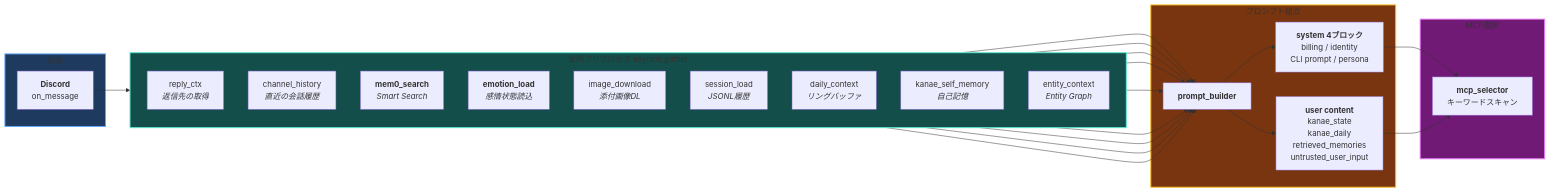
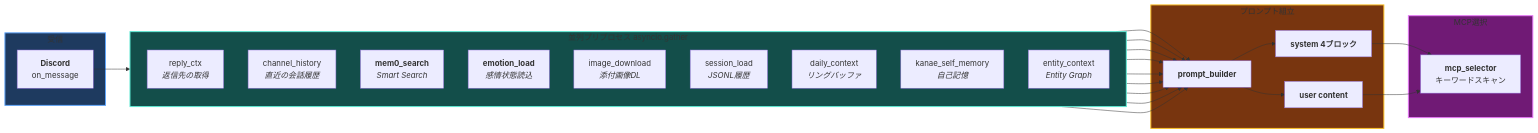
The second of 6 diagrams in content/products/discord-bot.md (haroin57/haroin57.com), drawn with Mermaid before and after one commit. The commit also changed other lines of this file, not shown here.

First line of the commit message:
fix: Layer 2/6のMermaidノード見切れを修正

````diff
--- a/content/products/discord-bot.md
+++ b/content/products/discord-bot.md
@@ -574,57 +574,51 @@
 ```mermaid
 flowchart LR
     subgraph Receive["受信"]
         MSG["`**Discord**
         on_message`"]
     end
 
     subgraph Parallel["並列プリプロセス asyncio.gather"]
         direction TB
         T1["`reply_ctx
         *返信先の取得*`"]
         T2["`channel_history
         *直近の会話履歴*`"]
         T3["`**mem0_search**
         *Smart Search*`"]
         T4["`**emotion_load**
         *感情状態読込*`"]
         T5["`image_download
         *添付画像DL*`"]
         T6["`session_load
         *JSONL履歴*`"]
         T7["`daily_context
         *リングバッファ*`"]
         T8["`kanae_self_memory
         *自己記憶*`"]
         T9["`entity_context
         *Entity Graph*`"]
     end
 
     subgraph Build["プロンプト組立"]
         PB["`**prompt_builder**`"]
-        SYS["`**system 4ブロック**
-        billing / identity
-        CLI prompt / persona`"]
-        USER["`**user content**
-        kanae_state
-        kanae_daily
-        retrieved_memories
-        untrusted_user_input`"]
+        SYS["`**system 4ブロック**`"]
+        USER["`**user content**`"]
     end
 
     subgraph Select["MCP選択"]
         MCPS["`**mcp_selector**
         キーワードスキャン`"]
     end
 
     MSG --> Parallel
     T1 & T2 & T3 & T4 & T5 & T6 & T7 & T8 & T9 --> PB
     PB --> SYS
     PB --> USER
     SYS & USER --> MCPS
 
     style Receive fill:#1e3a5f,stroke:#60a5fa,stroke-width:2px
     style Parallel fill:#134e4a,stroke:#5eead4,stroke-width:2px
     style Build fill:#78350f,stroke:#fbbf24,stroke-width:2px
     style Select fill:#701a75,stroke:#e879f9,stroke-width:2px
 ```
````
